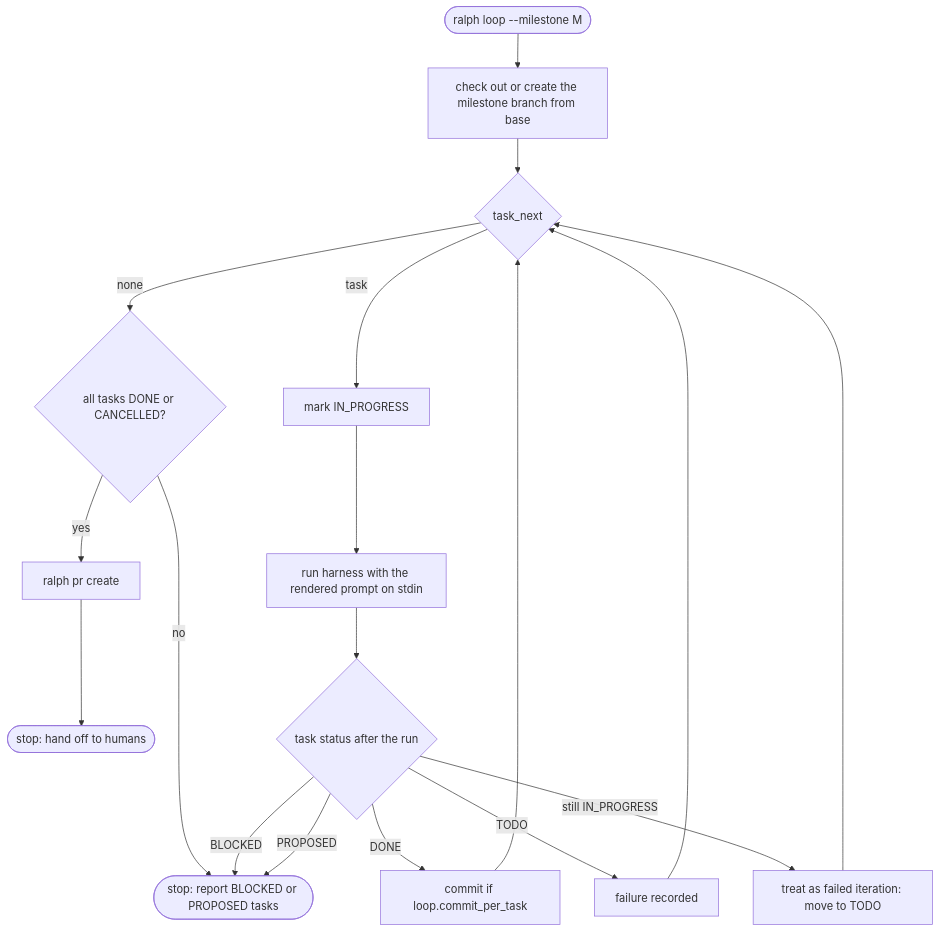
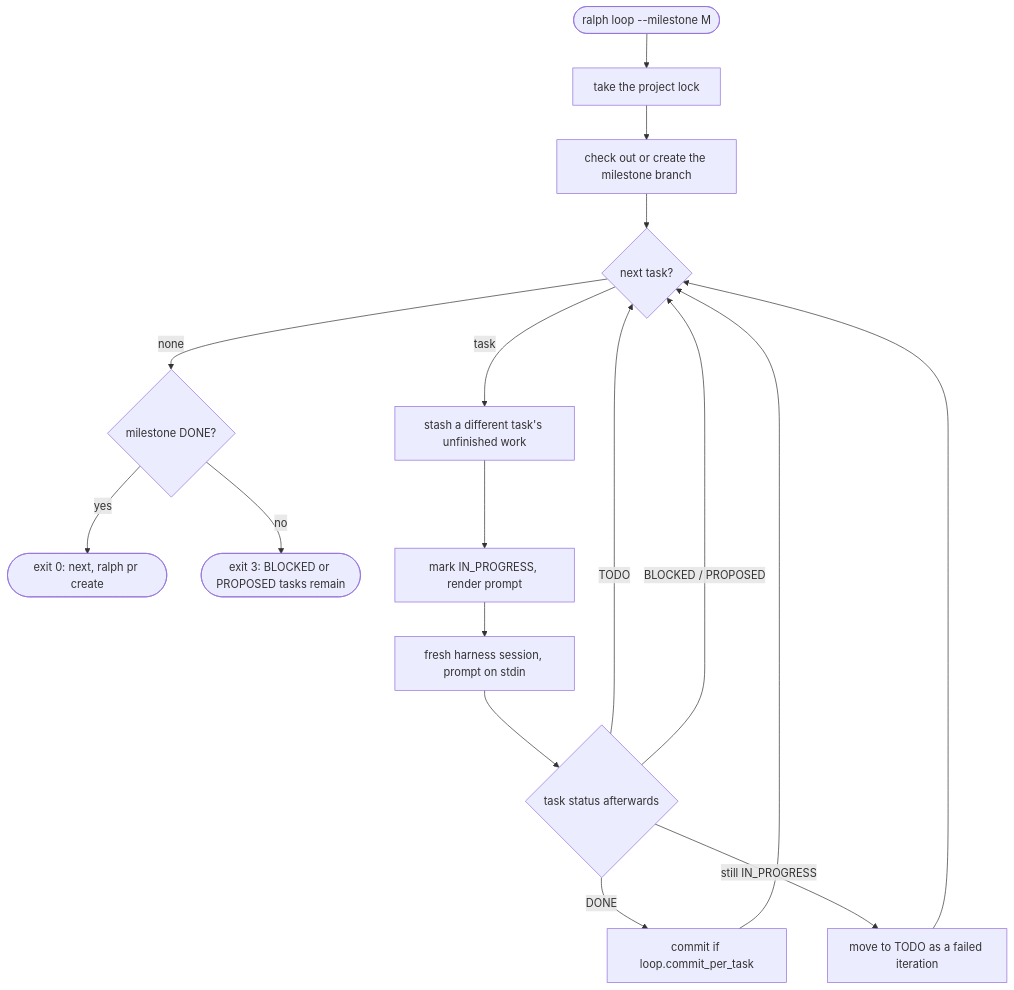
One commit to bengearig/ralph-cli changed the diagram in docs/loop.md. Above: the diagram before and after it, drawn with Mermaid. The commit also changed other lines of this file and 38 other files, not shown here.

````diff
--- a/docs/loop.md
+++ b/docs/loop.md
@@ -43,16 +44,17 @@
 ```mermaid
 flowchart TD
-    S([ralph loop --milestone M]) --> B[check out or create the milestone branch from base]
-    B --> N{task_next}
-    N -- none --> D{all tasks DONE or CANCELLED?}
-    D -- yes --> PR[ralph pr create] --> E([stop: hand off to humans])
-    D -- no --> X([stop: report BLOCKED or PROPOSED tasks])
-    N -- task --> IP[mark IN_PROGRESS]
-    IP --> H[run harness with the rendered prompt on stdin]
-    H --> R{task status after the run}
+    S([ralph loop --milestone M]) --> L[take the project lock]
+    L --> B[check out or create the milestone branch]
+    B --> N{next task?}
+    N -- none --> D{milestone DONE?}
+    D -- yes --> E([exit 0: next, ralph pr create])
+    D -- no --> X([exit 3: BLOCKED or PROPOSED tasks remain])
+    N -- task --> ST[stash a different task's unfinished work]
+    ST --> IP[mark IN_PROGRESS, render prompt]
+    IP --> H[fresh harness session, prompt on stdin]
+    H --> R{task status afterwards}
     R -- DONE --> C[commit if loop.commit_per_task] --> N
-    R -- TODO --> F[failure recorded] --> N
-    R -- BLOCKED --> X
-    R -- PROPOSED --> X
-    R -- still IN_PROGRESS --> G[treat as failed iteration: move to TODO] --> N
+    R -- TODO --> N
+    R -- BLOCKED / PROPOSED --> N
+    R -- still IN_PROGRESS --> F[move to TODO as a failed iteration] --> N
 ```
````
